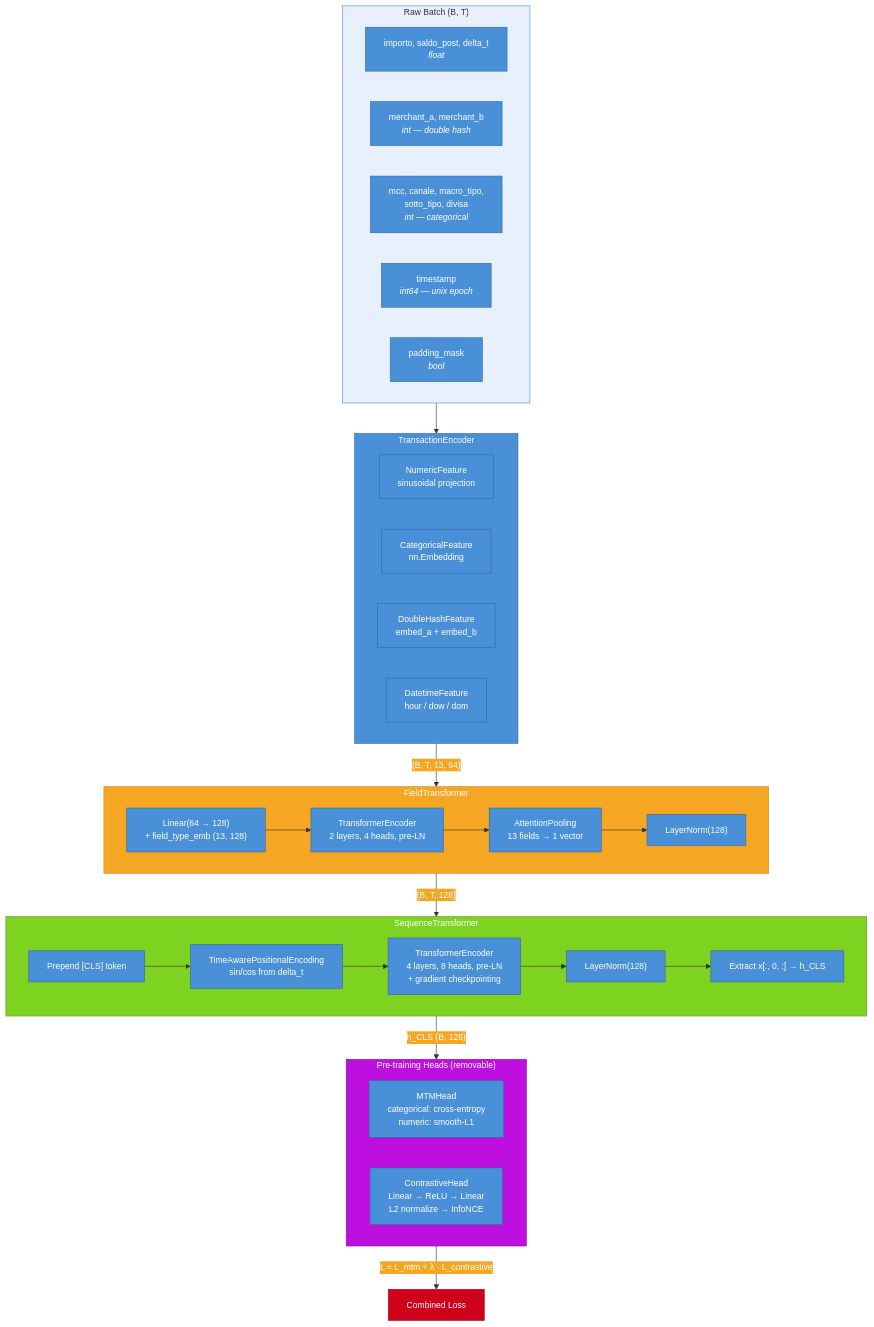
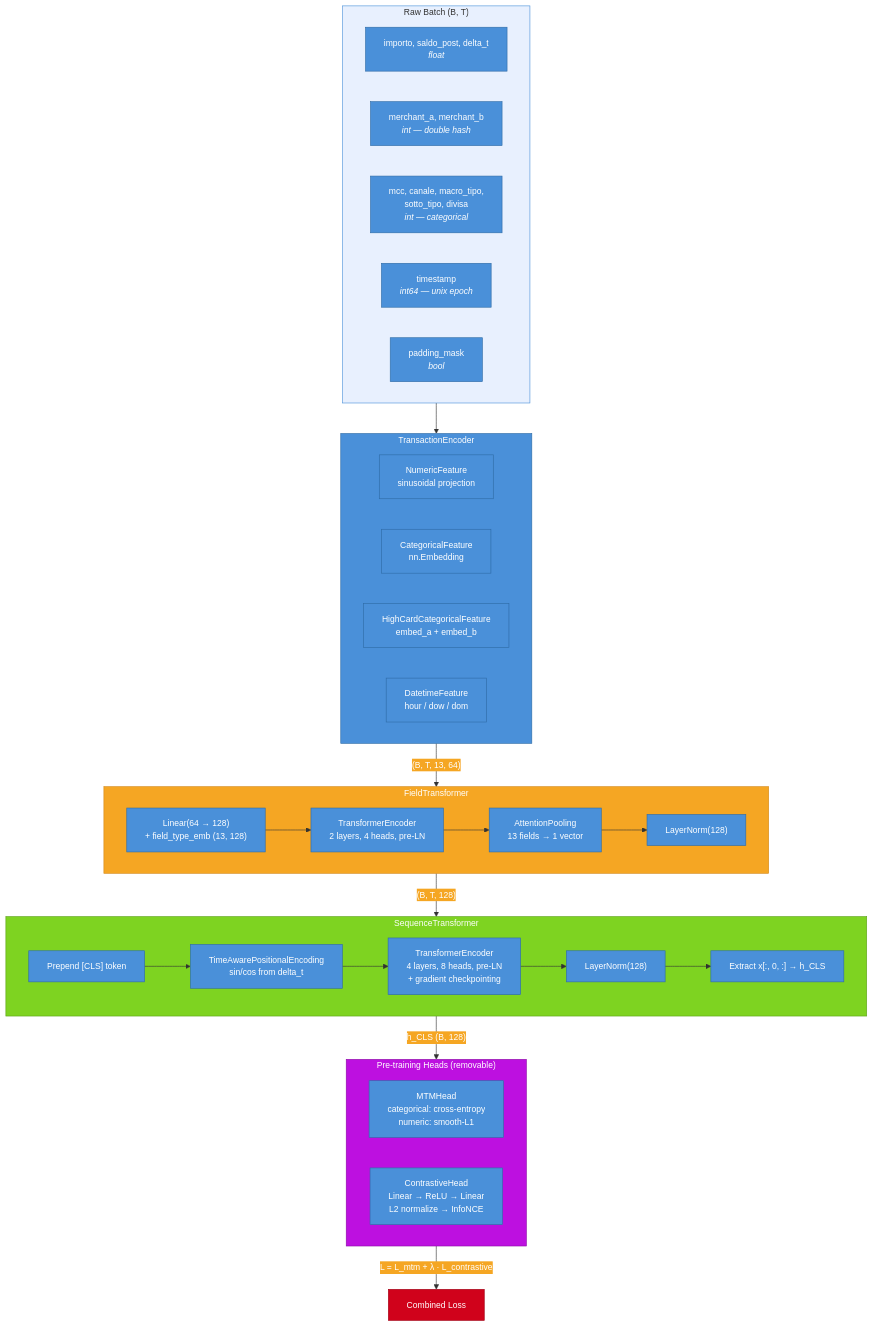
Before and after one commit to JulienGenovese/TemporalEmbedding: the diagram in architecture/diagrams_mmd/overview.mmd, drawn with Mermaid. The commit also changed 7 other files, not shown here.

```diff
--- a/architecture/diagrams_mmd/overview.mmd
+++ b/architecture/diagrams_mmd/overview.mmd
@@ -1,58 +1,58 @@
 %%{init: {'theme': 'base', 'themeVariables': {'primaryColor': '#4A90D9', 'primaryTextColor': '#fff', 'primaryBorderColor': '#2E6BA6', 'lineColor': '#333', 'secondaryColor': '#F5A623', 'tertiaryColor': '#7ED321', 'background': '#ffffff', 'fontSize': '14px'}}}%%
 graph TD
     subgraph INPUT["Raw Batch (B, T)"]
         direction LR
         NUM["importo, saldo_post, delta_t<br/><i>float</i>"]
         HASH["merchant_a, merchant_b<br/><i>int — double hash</i>"]
         CAT["mcc, canale, macro_tipo,<br/>sotto_tipo, divisa<br/><i>int — categorical</i>"]
         TS["timestamp<br/><i>int64 — unix epoch</i>"]
         PAD["padding_mask<br/><i>bool</i>"]
     end
 
     INPUT --> TE
 
     subgraph TE["TransactionEncoder"]
         direction LR
         TE_NUM["NumericFeature<br/>sinusoidal projection"]
         TE_CAT["CategoricalFeature<br/>nn.Embedding"]
-        TE_HASH["DoubleHashFeature<br/>embed_a + embed_b"]
+        TE_HASH["HighCardCategoricalFeature<br/>embed_a + embed_b"]
         TE_DT["DatetimeFeature<br/>hour / dow / dom"]
     end
 
     TE -->|"(B, T, 13, 64)"| FT
 
     subgraph FT["FieldTransformer"]
         FT_PROJ["Linear(64 → 128)<br/>+ field_type_emb (13, 128)"]
         FT_TRANS["TransformerEncoder<br/>2 layers, 4 heads, pre-LN"]
         FT_POOL["AttentionPooling<br/>13 fields → 1 vector"]
         FT_NORM["LayerNorm(128)"]
         FT_PROJ --> FT_TRANS --> FT_POOL --> FT_NORM
     end
 
     FT -->|"(B, T, 128)"| ST
 
     subgraph ST["SequenceTransformer"]
         ST_CLS["Prepend [CLS] token"]
         ST_PE["TimeAwarePositionalEncoding<br/>sin/cos from delta_t"]
         ST_TRANS["TransformerEncoder<br/>4 layers, 8 heads, pre-LN<br/>+ gradient checkpointing"]
         ST_NORM["LayerNorm(128)"]
         ST_EXTRACT["Extract x[:, 0, :] → h_CLS"]
         ST_CLS --> ST_PE --> ST_TRANS --> ST_NORM --> ST_EXTRACT
     end
 
     ST -->|"h_CLS (B, 128)"| HEADS
 
     subgraph HEADS["Pre-training Heads (removable)"]
         direction LR
         MTM["MTMHead<br/>categorical: cross-entropy<br/>numeric: smooth-L1"]
         CON["ContrastiveHead<br/>Linear → ReLU → Linear<br/>L2 normalize → InfoNCE"]
     end
 
     HEADS -->|"L = L_mtm + λ · L_contrastive"| LOSS["Combined Loss"]
 
     style INPUT fill:#E8F0FE,stroke:#4A90D9,color:#333
     style TE fill:#4A90D9,stroke:#2E6BA6,color:#fff
     style FT fill:#F5A623,stroke:#D4891A,color:#fff
     style ST fill:#7ED321,stroke:#5CA018,color:#fff
     style HEADS fill:#BD10E0,stroke:#8B0BA6,color:#fff
     style LOSS fill:#D0021B,stroke:#A00216,color:#fff
```
